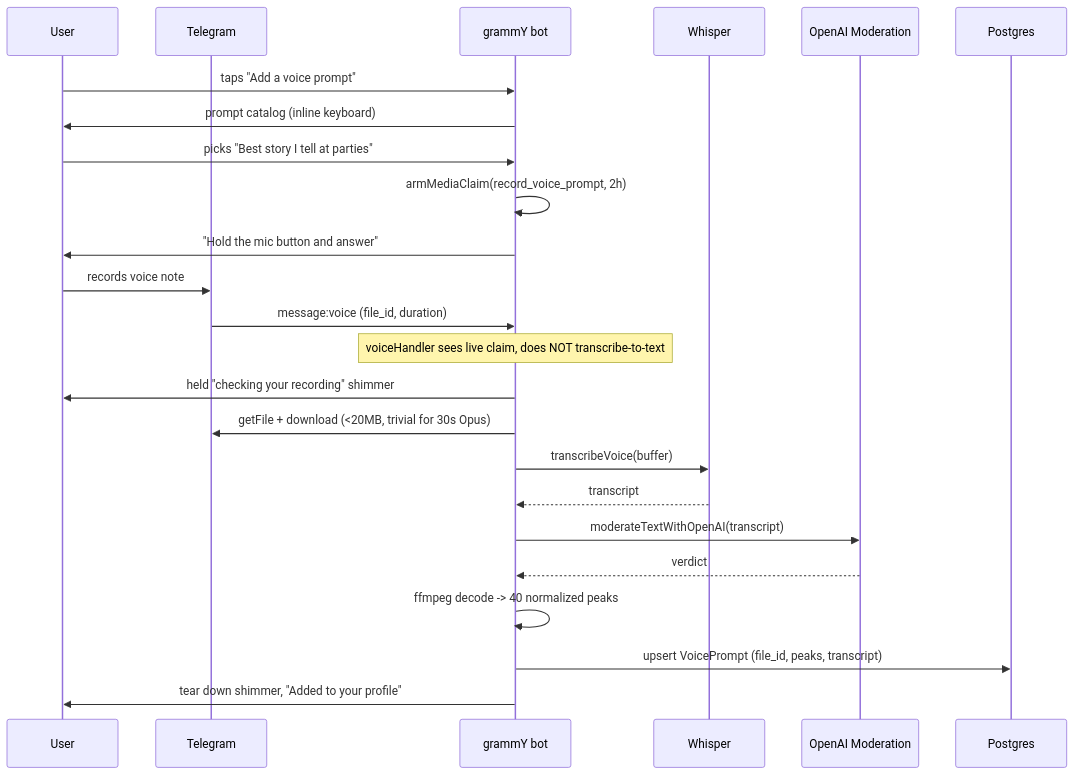
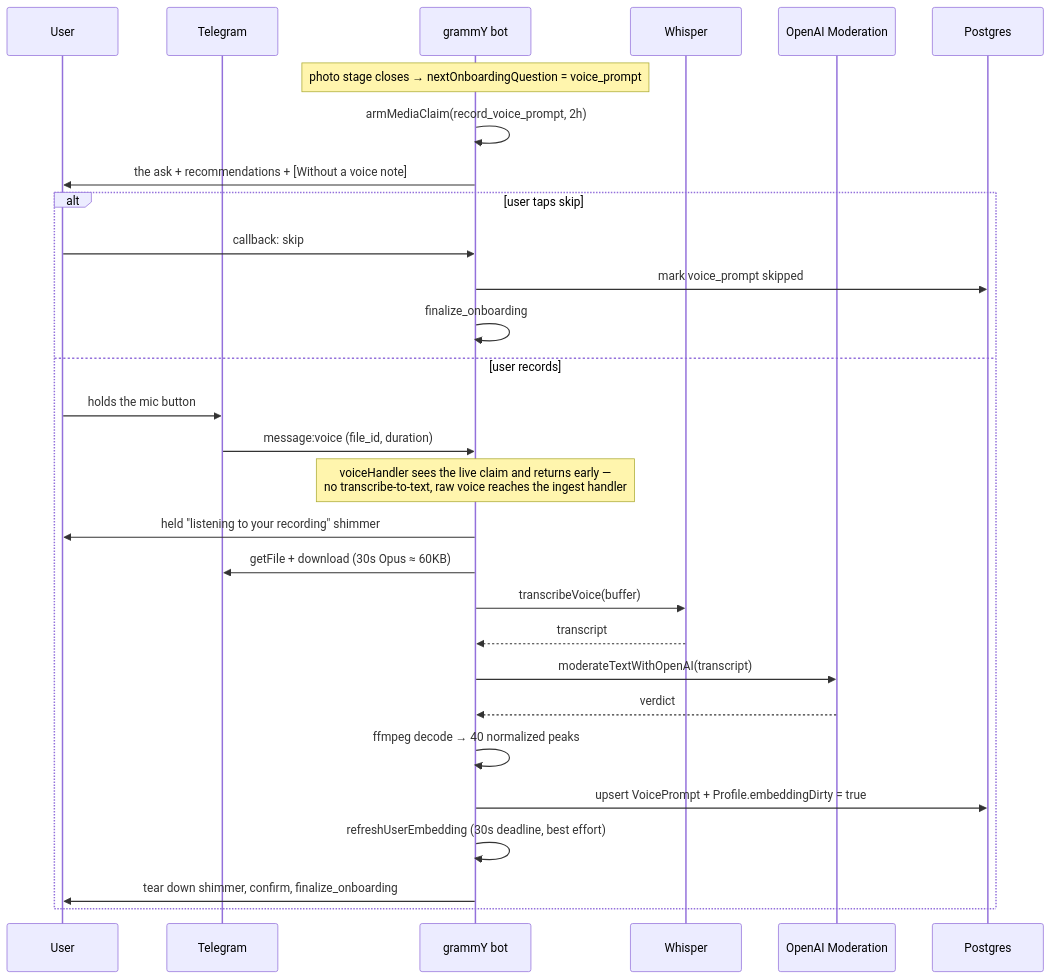
Before and after one commit to Gennety-Dating/Gennety-Dating-Backend: the diagram in VOICE_PROMPT_PRODUCT_SPEC.md, drawn with Mermaid. The commit also changed other lines of this file and 5 other files, not shown here.

First line of the commit message:
docs(voice-prompts): the design after round two — chat, no catalog, own column

````diff
--- a/VOICE_PROMPT_PRODUCT_SPEC.md
+++ b/VOICE_PROMPT_PRODUCT_SPEC.md
@@ -301,27 +359,32 @@
 ```mermaid
 sequenceDiagram
     participant U as User
     participant TG as Telegram
     participant Bot as grammY bot
     participant W as Whisper
     participant M as OpenAI Moderation
     participant DB as Postgres
 
-    U->>Bot: taps "Add a voice prompt"
-    Bot->>U: prompt catalog (inline keyboard)
-    U->>Bot: picks "Best story I tell at parties"
+    Note over Bot: photo stage closes → nextOnboardingQuestion = voice_prompt
     Bot->>Bot: armMediaClaim(record_voice_prompt, 2h)
-    Bot->>U: "Hold the mic button and answer"
-    U->>TG: records voice note
-    TG->>Bot: message:voice (file_id, duration)
-    Note over Bot: voiceHandler sees live claim, does NOT transcribe-to-text
-    Bot->>U: held "checking your recording" shimmer
-    Bot->>TG: getFile + download (<20MB, trivial for 30s Opus)
-    Bot->>W: transcribeVoice(buffer)
-    W-->>Bot: transcript
-    Bot->>M: moderateTextWithOpenAI(transcript)
-    M-->>Bot: verdict
-    Bot->>Bot: ffmpeg decode -> 40 normalized peaks
-    Bot->>DB: upsert VoicePrompt (file_id, peaks, transcript)
-    Bot->>U: tear down shimmer, "Added to your profile"
+    Bot->>U: the ask + recommendations + [Without a voice note]
+    alt user taps skip
+        U->>Bot: callback: skip
+        Bot->>DB: mark voice_prompt skipped
+        Bot->>Bot: finalize_onboarding
+    else user records
+        U->>TG: holds the mic button
+        TG->>Bot: message:voice (file_id, duration)
+        Note over Bot: voiceHandler sees the live claim and returns early —<br/>no transcribe-to-text, raw voice reaches the ingest handler
+        Bot->>U: held "listening to your recording" shimmer
+        Bot->>TG: getFile + download (30s Opus ≈ 60KB)
+        Bot->>W: transcribeVoice(buffer)
+        W-->>Bot: transcript
+        Bot->>M: moderateTextWithOpenAI(transcript)
+        M-->>Bot: verdict
+        Bot->>Bot: ffmpeg decode → 40 normalized peaks
+        Bot->>DB: upsert VoicePrompt + Profile.embeddingDirty = true
+        Bot->>Bot: refreshUserEmbedding (30s deadline, best effort)
+        Bot->>U: tear down shimmer, confirm, finalize_onboarding
+    end
 ```
````
